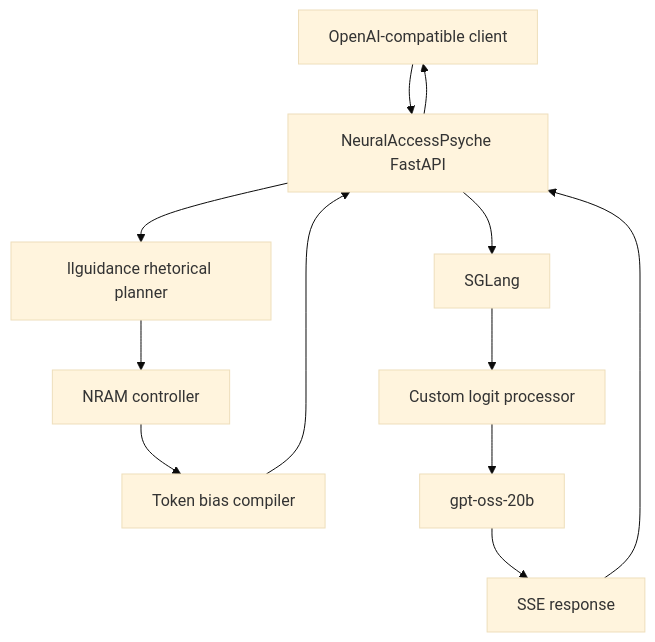
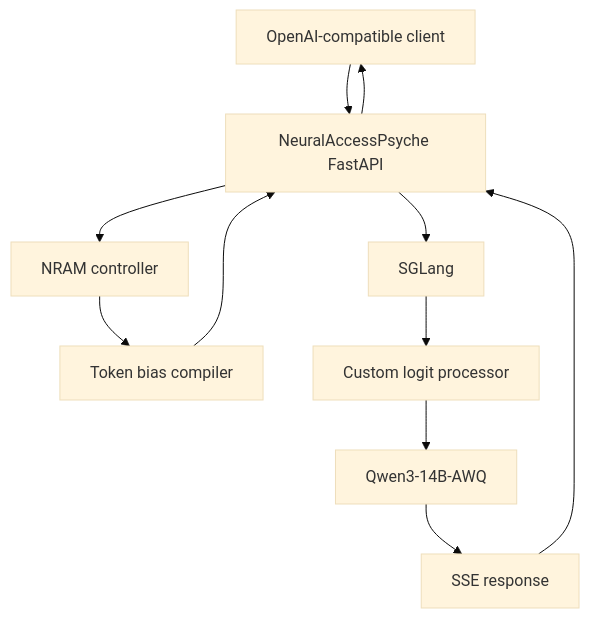
One commit to cyberluke/NeuralAccessPsyche changed the diagram in docs/architecture.md. Above: the diagram before and after it, drawn with Mermaid (base theme). The commit also changed other lines of this file and 41 other files, not shown here.

````diff
--- a/docs/architecture.md
+++ b/docs/architecture.md
@@ -18,24 +18,22 @@
 ```mermaid
 flowchart TD
     Client[OpenAI-compatible client]
     API[NeuralAccessPsyche FastAPI]
-    Planner[llguidance rhetorical planner]
     NRAM[NRAM controller]
     Compiler[Token bias compiler]
     SGLang[SGLang]
     Processor[Custom logit processor]
-    Model[gpt-oss-20b]
+    Model[Qwen3-14B-AWQ]
     Stream[SSE response]
 
     Client --> API
-    API --> Planner
-    Planner --> NRAM
+    API --> NRAM
     NRAM --> Compiler
     Compiler --> API
     API --> SGLang
     SGLang --> Processor
     Processor --> Model
     Model --> Stream
     Stream --> API
     API --> Client
 ```
````
